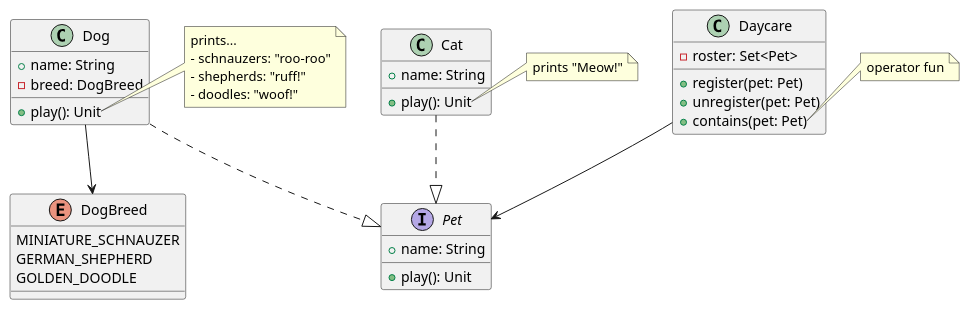
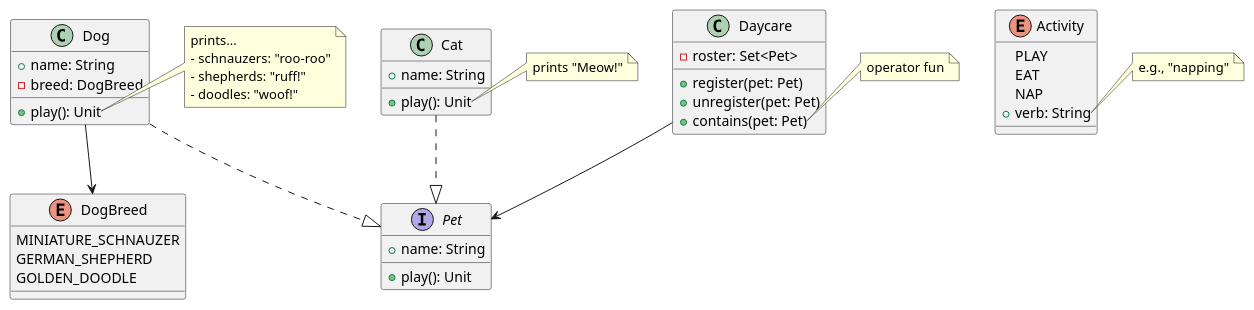
Before and after one commit to typealias-studios/video-2025-03-junie-uml: the diagram in uml/ClassDiagram.puml, drawn with PlantUML. The commit also changed 1 other file, not shown here.

Commit message:
Add Activity

```diff
--- a/uml/ClassDiagram.puml
+++ b/uml/ClassDiagram.puml
@@ -1,49 +1,59 @@
 @startuml
 together {
     interface Pet {
       + name: String
       + play(): Unit
     }
 
     class Dog {
       + name: String
       - breed: DogBreed
       + play(): Unit
     }
     note right of Dog::play
       prints...
       - schnauzers: "roo-roo"
       - shepherds: "ruff!"
       - doodles: "woof!"
     end note
 
     enum DogBreed {
       MINIATURE_SCHNAUZER
       GERMAN_SHEPHERD
       GOLDEN_DOODLE
     }
 
     class Cat {
       + name: String
       + play(): Unit
     }
     note right of Cat::play
       prints "Meow!"
     end note
 }
 
 class Daycare {
   - roster: Set<Pet>
   + register(pet: Pet)
   + unregister(pet: Pet)
   + contains(pet: Pet)
 }
 note right of Daycare::contains
   operator fun
 end note
 
+enum Activity {
+  PLAY
+  EAT
+  NAP
+  + verb: String
+}
+note right of Activity::verb
+  e.g., "napping"
+end note
+
 Dog ..|> Pet
 Cat ..|> Pet
 Dog --> DogBreed
 Daycare --> Pet
 @enduml
```
